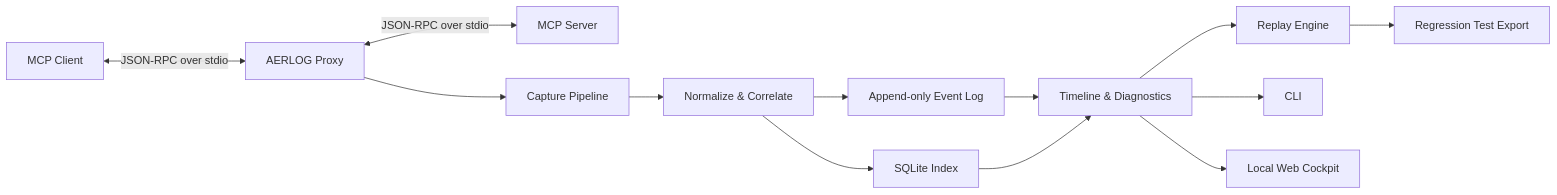
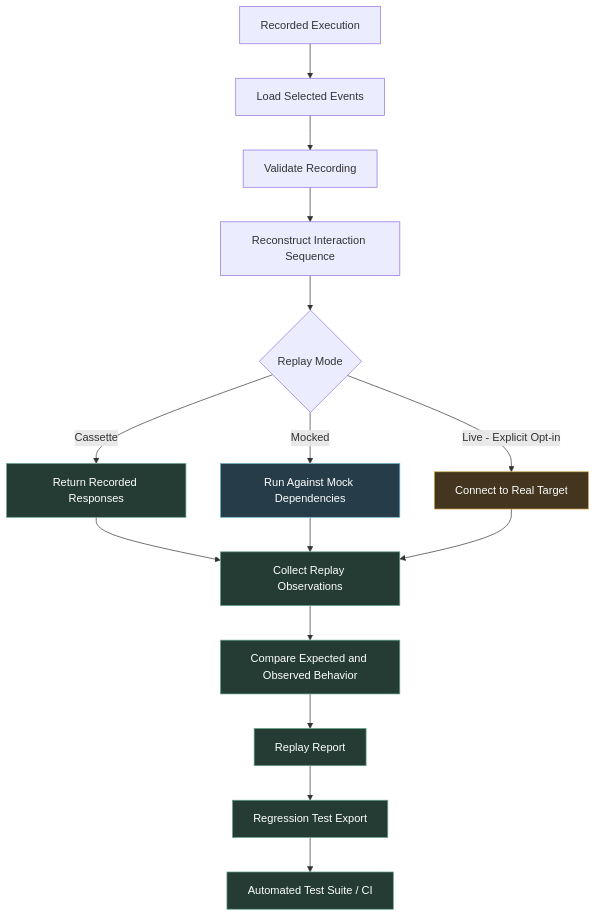
The third of 4 diagrams in README.md (PulkitPradhan/AERLOG), drawn with Mermaid before and after one commit. The commit also changed other lines of this file, not shown here.

````diff
--- a/README.md
+++ b/README.md
@@ -182,18 +451,29 @@
 ```mermaid
-flowchart LR
-    A["MCP Client"] <-->|"JSON-RPC over stdio"| P["AERLOG Proxy"]
-    P <-->|"JSON-RPC over stdio"| S["MCP Server"]
+flowchart TD
+    A["Recorded Execution"] --> B["Load Selected Events"]
+    B --> C["Validate Recording"]
+    C --> D["Reconstruct Interaction Sequence"]
 
-    P --> C["Capture Pipeline"]
-    C --> N["Normalize & Correlate"]
-    N --> E["Append-only Event Log"]
-    N --> D["SQLite Index"]
+    D --> E{"Replay Mode"}
 
-    E --> T["Timeline & Diagnostics"]
-    D --> T
-    T --> R["Replay Engine"]
-    R --> X["Regression Test Export"]
+    E -->|"Cassette"| F["Return Recorded Responses"]
+    E -->|"Mocked"| G["Run Against Mock Dependencies"]
+    E -->|"Live - Explicit Opt-in"| H["Connect to Real Target"]
 
-    T --> CLI["CLI"]
-    T --> UI["Local Web Cockpit"]
+    F --> I["Collect Replay Observations"]
+    G --> I
+    H --> I
+
+    I --> J["Compare Expected and Observed Behavior"]
+    J --> K["Replay Report"]
+    K --> L["Regression Test Export"]
+    L --> M["Automated Test Suite / CI"]
+
+    classDef safe fill:#253c35,stroke:#65a88a,color:#ffffff
+    classDef controlled fill:#263c49,stroke:#67b7d1,color:#ffffff
+    classDef risky fill:#43351e,stroke:#d6a84b,color:#ffffff
+
+    class F,I,J,K,L,M safe
+    class G controlled
+    class H risky
 ```
````
